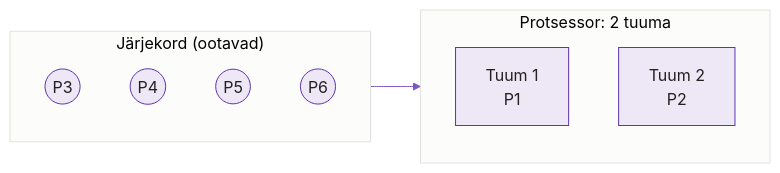
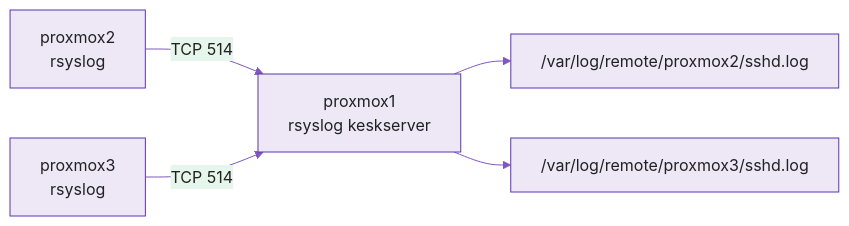
Before and after one commit to hkhk-monitoring/monitoring: the third of 3 diagrams in docs/week07/lecture.md, drawn with Mermaid. The commit also changed other lines of this file and 9 other files, not shown here.

````diff
--- a/docs/week07/lecture.md
+++ b/docs/week07/lecture.md
@@ -196,15 +219,8 @@
 ```mermaid
 %%{init: {'theme':'base','themeVariables':{'primaryColor':'#ede7f6','primaryBorderColor':'#5e35b1','primaryTextColor':'#212121','lineColor':'#7e57c2'}}}%%
 graph LR
-    subgraph J["Järjekord (ootavad)"]
-        P3((P3))
-        P4((P4))
-        P5((P5))
-        P6((P6))
-    end
-    subgraph C["Protsessor: 2 tuuma"]
-        T1["Tuum 1<br/>P1"]
-        T2["Tuum 2<br/>P2"]
-    end
-    J --> C
+    A["proxmox2<br/>rsyslog"] -->|"TCP 514"| S["proxmox1<br/>rsyslog keskserver"]
+    B["proxmox3<br/>rsyslog"] -->|"TCP 514"| S
+    S --> D1["/var/log/remote/proxmox2/sshd.log"]
+    S --> D2["/var/log/remote/proxmox3/sshd.log"]
 ```
````
